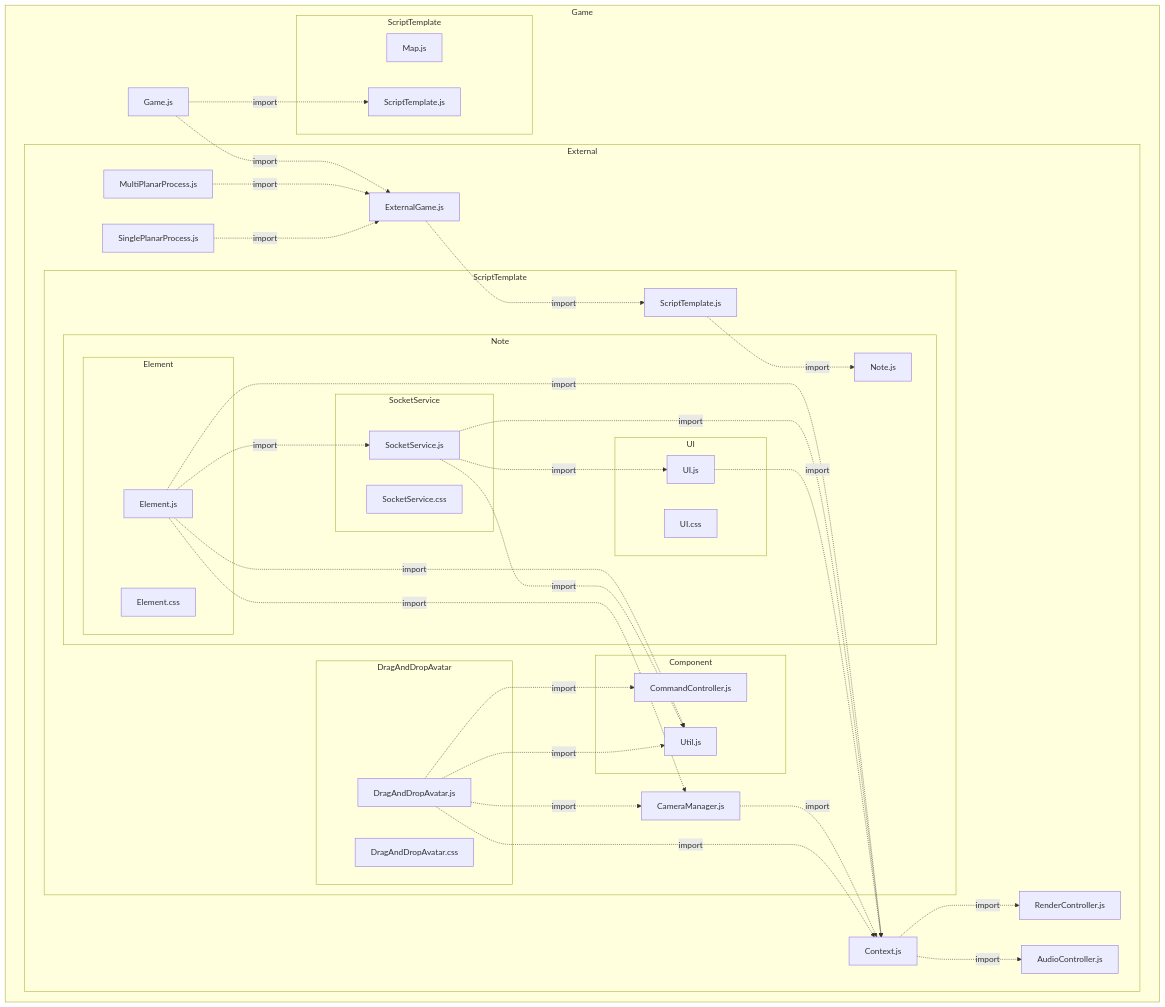
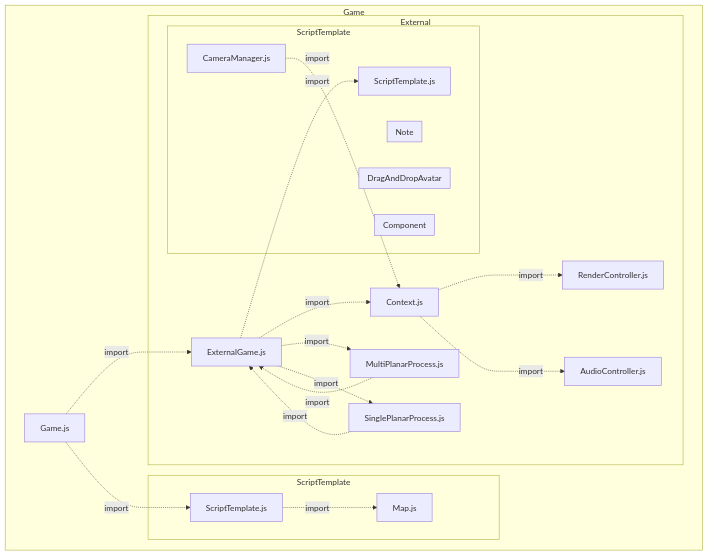
Before and after one commit to VCityTeam/UD-Viz: the eighth of 9 diagrams in docs/static/Architecture.md, drawn with Mermaid. The commit also changed other lines of this file and 7 other files, not shown here.

Commit message:
update:diagram

````diff
--- a/docs/static/Architecture.md
+++ b/docs/static/Architecture.md
@@ -330,66 +341,40 @@
 ```mermaid
 flowchart
  subgraph IDGame["Game"]
   IDGameGamejs["Game.js"]
   subgraph IDGameExternal["External"]
    IDGameExternalAudioControllerjs["AudioController.js"]
    IDGameExternalContextjs["Context.js"]
    IDGameExternalExternalGamejs["ExternalGame.js"]
    IDGameExternalMultiPlanarProcessjs["MultiPlanarProcess.js"]
    IDGameExternalRenderControllerjs["RenderController.js"]
    IDGameExternalSinglePlanarProcessjs["SinglePlanarProcess.js"]
    subgraph IDGameExternalScriptTemplate["ScriptTemplate"]
     IDGameExternalScriptTemplateCameraManagerjs["CameraManager.js"]
     IDGameExternalScriptTemplateScriptTemplatejs["ScriptTemplate.js"]
     subgraph IDGameExternalScriptTemplateComponent["Component"]
-     IDGameExternalScriptTemplateComponentCommandControllerjs["CommandController.js"]
-     IDGameExternalScriptTemplateComponentUtiljs["Util.js"]
     end
     subgraph IDGameExternalScriptTemplateDragAndDropAvatar["DragAndDropAvatar"]
-     IDGameExternalScriptTemplateDragAndDropAvatarDragAndDropAvatarcss["DragAndDropAvatar.css"]
-     IDGameExternalScriptTemplateDragAndDropAvatarDragAndDropAvatarjs["DragAndDropAvatar.js"]
     end
     subgraph IDGameExternalScriptTemplateNote["Note"]
-     IDGameExternalScriptTemplateNoteNotejs["Note.js"]
-     subgraph IDGameExternalScriptTemplateNoteElement["Element"]
-      IDGameExternalScriptTemplateNoteElementElementcss["Element.css"]
-      IDGameExternalScriptTemplateNoteElementElementjs["Element.js"]
-     end
-     subgraph IDGameExternalScriptTemplateNoteSocketService["SocketService"]
-      IDGameExternalScriptTemplateNoteSocketServiceSocketServicecss["SocketService.css"]
-      IDGameExternalScriptTemplateNoteSocketServiceSocketServicejs["SocketService.js"]
-     end
-     subgraph IDGameExternalScriptTemplateNoteUI["UI"]
-      IDGameExternalScriptTemplateNoteUIUIcss["UI.css"]
-      IDGameExternalScriptTemplateNoteUIUIjs["UI.js"]
-     end
     end
    end
   end
   subgraph IDGameScriptTemplate["ScriptTemplate"]
    IDGameScriptTemplateMapjs["Map.js"]
    IDGameScriptTemplateScriptTemplatejs["ScriptTemplate.js"]
   end
  end
 IDGameGamejs-.->|import|IDGameExternalExternalGamejs
 IDGameGamejs-.->|import|IDGameScriptTemplateScriptTemplatejs
 IDGameExternalContextjs-.->|import|IDGameExternalRenderControllerjs
 IDGameExternalContextjs-.->|import|IDGameExternalAudioControllerjs
+IDGameExternalExternalGamejs-.->|import|IDGameExternalContextjs
+IDGameExternalExternalGamejs-.->|import|IDGameExternalMultiPlanarProcessjs
+IDGameExternalExternalGamejs-.->|import|IDGameExternalSinglePlanarProcessjs
 IDGameExternalExternalGamejs-.->|import|IDGameExternalScriptTemplateScriptTemplatejs
 IDGameExternalMultiPlanarProcessjs-.->|import|IDGameExternalExternalGamejs
 IDGameExternalSinglePlanarProcessjs-.->|import|IDGameExternalExternalGamejs
 IDGameExternalScriptTemplateCameraManagerjs-.->|import|IDGameExternalContextjs
-IDGameExternalScriptTemplateScriptTemplatejs-.->|import|IDGameExternalScriptTemplateNoteNotejs
-IDGameExternalScriptTemplateDragAndDropAvatarDragAndDropAvatarjs-.->|import|IDGameExternalContextjs
-IDGameExternalScriptTemplateDragAndDropAvatarDragAndDropAvatarjs-.->|import|IDGameExternalScriptTemplateComponentCommandControllerjs
-IDGameExternalScriptTemplateDragAndDropAvatarDragAndDropAvatarjs-.->|import|IDGameExternalScriptTemplateComponentUtiljs
-IDGameExternalScriptTemplateDragAndDropAvatarDragAndDropAvatarjs-.->|import|IDGameExternalScriptTemplateCameraManagerjs
-IDGameExternalScriptTemplateNoteElementElementjs-.->|import|IDGameExternalContextjs
-IDGameExternalScriptTemplateNoteElementElementjs-.->|import|IDGameExternalScriptTemplateCameraManagerjs
-IDGameExternalScriptTemplateNoteElementElementjs-.->|import|IDGameExternalScriptTemplateComponentUtiljs
-IDGameExternalScriptTemplateNoteElementElementjs-.->|import|IDGameExternalScriptTemplateNoteSocketServiceSocketServicejs
-IDGameExternalScriptTemplateNoteSocketServiceSocketServicejs-.->|import|IDGameExternalContextjs
-IDGameExternalScriptTemplateNoteSocketServiceSocketServicejs-.->|import|IDGameExternalScriptTemplateComponentUtiljs
-IDGameExternalScriptTemplateNoteSocketServiceSocketServicejs-.->|import|IDGameExternalScriptTemplateNoteUIUIjs
-IDGameExternalScriptTemplateNoteUIUIjs-.->|import|IDGameExternalContextjs
+IDGameScriptTemplateScriptTemplatejs-.->|import|IDGameScriptTemplateMapjs
 ```
````
